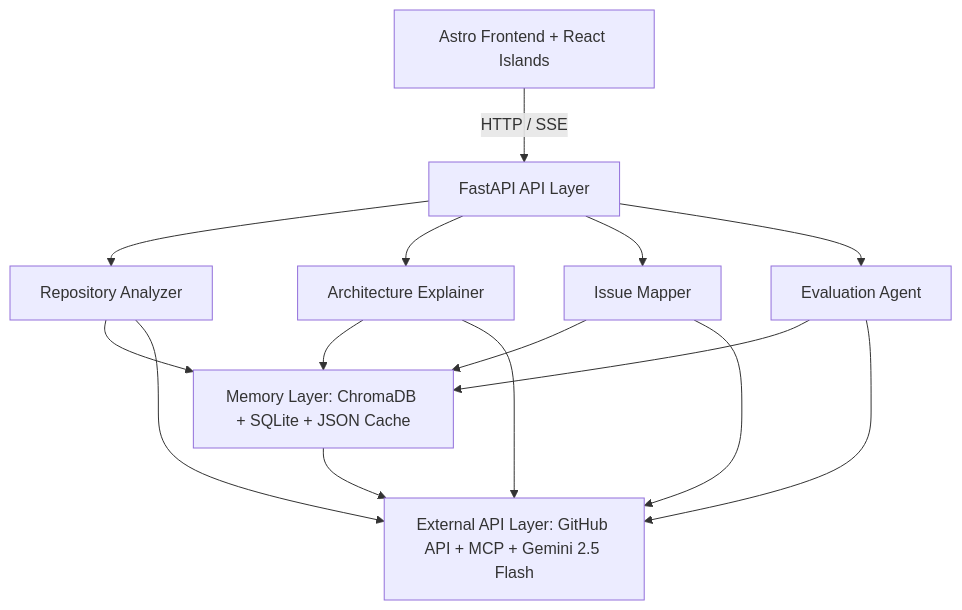
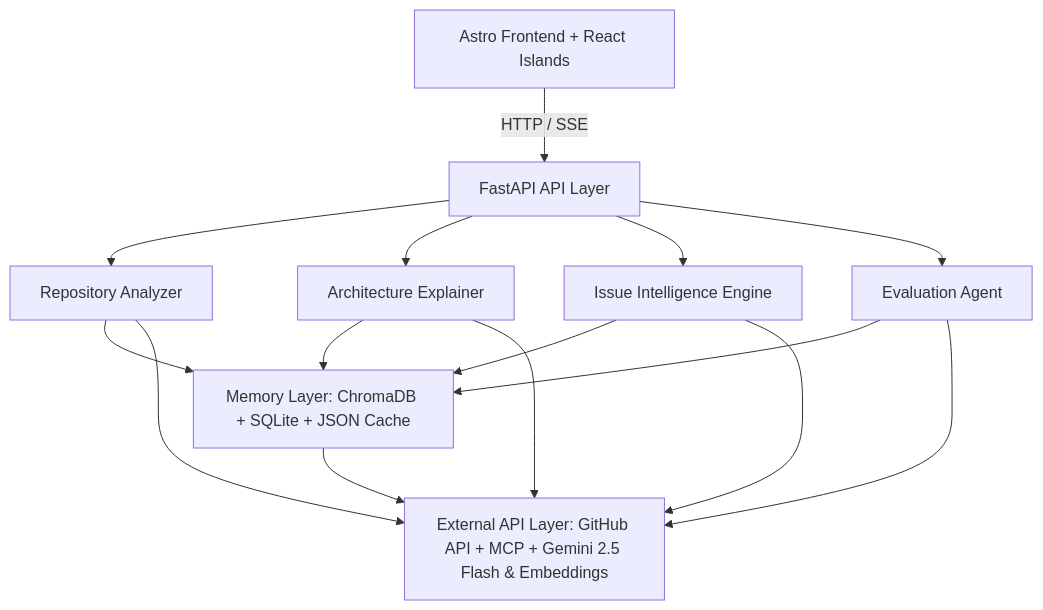
Before and after one commit to VarshithReddy2006/Repo-Intelligence-Agent: the diagram in docs/architecture.md, drawn with Mermaid. The commit also changed other lines of this file and 77 other files, not shown here.

````diff
--- a/docs/architecture.md
+++ b/docs/architecture.md
@@ -9,17 +9,17 @@
 ```mermaid
 graph TD
     %% Frontend
     Astro[Astro Frontend + React Islands] -->|HTTP / SSE| FastAPI[FastAPI API Layer]
     
     %% Agent Layer
     FastAPI --> Analyzer[Repository Analyzer]
     FastAPI --> Explainer[Architecture Explainer]
-    FastAPI --> Mapper[Issue Mapper]
+    FastAPI --> Mapper[Issue Intelligence Engine]
     FastAPI --> Evaluator[Evaluation Agent]
     
     %% Memory Layer
     Analyzer & Explainer & Mapper & Evaluator --> Memory[Memory Layer: ChromaDB + SQLite + JSON Cache]
     
     %% External Integrations
-    Memory & Analyzer & Explainer & Mapper & Evaluator --> Ext[External API Layer: GitHub API + MCP + Gemini 2.5 Flash]
+    Memory & Analyzer & Explainer & Mapper & Evaluator --> Ext[External API Layer: GitHub API + MCP + Gemini 2.5 Flash & Embeddings]
 ```
````
